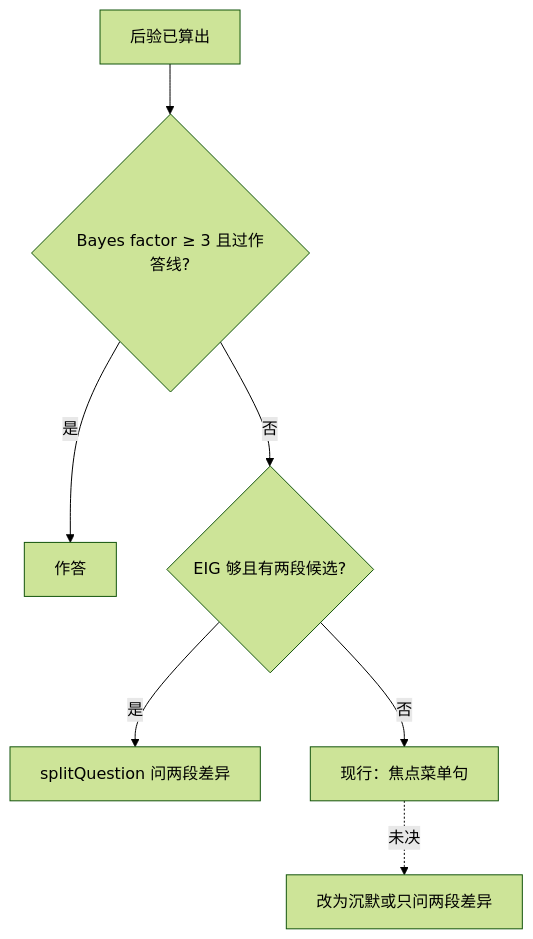
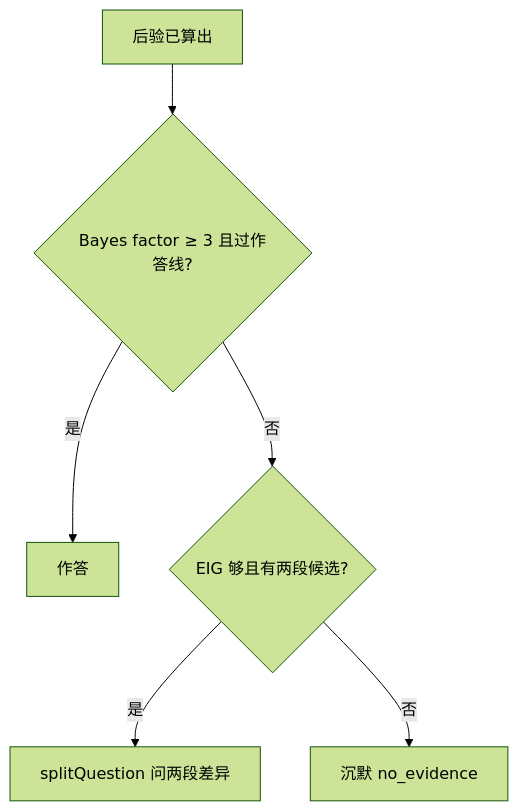
The diagram in desktop/dev_knowledge/wiki/concepts/clarifying-vs-menu.md (yuntaozhu/-ECE-Brain-Meeting), drawn with Mermaid (forest theme) before and after one commit. The commit also changed other lines of this file and 13 other files, not shown here.

````diff
--- a/desktop/dev_knowledge/wiki/concepts/clarifying-vs-menu.md
+++ b/desktop/dev_knowledge/wiki/concepts/clarifying-vs-menu.md
@@ -23,9 +23,8 @@
 ```mermaid
 flowchart TD
   S[后验已算出] --> B{Bayes factor ≥ 3 且过作答线?}
   B -->|是| K[作答]
   B -->|否| E{EIG 够且有两段候选?}
   E -->|是| Q[splitQuestion 问两段差异]
-  E -->|否| M[现行：焦点菜单句]
-  M -.->|未决| R[改为沉默或只问两段差异]
+  E -->|否| R[沉默 no_evidence]
 ```
````
